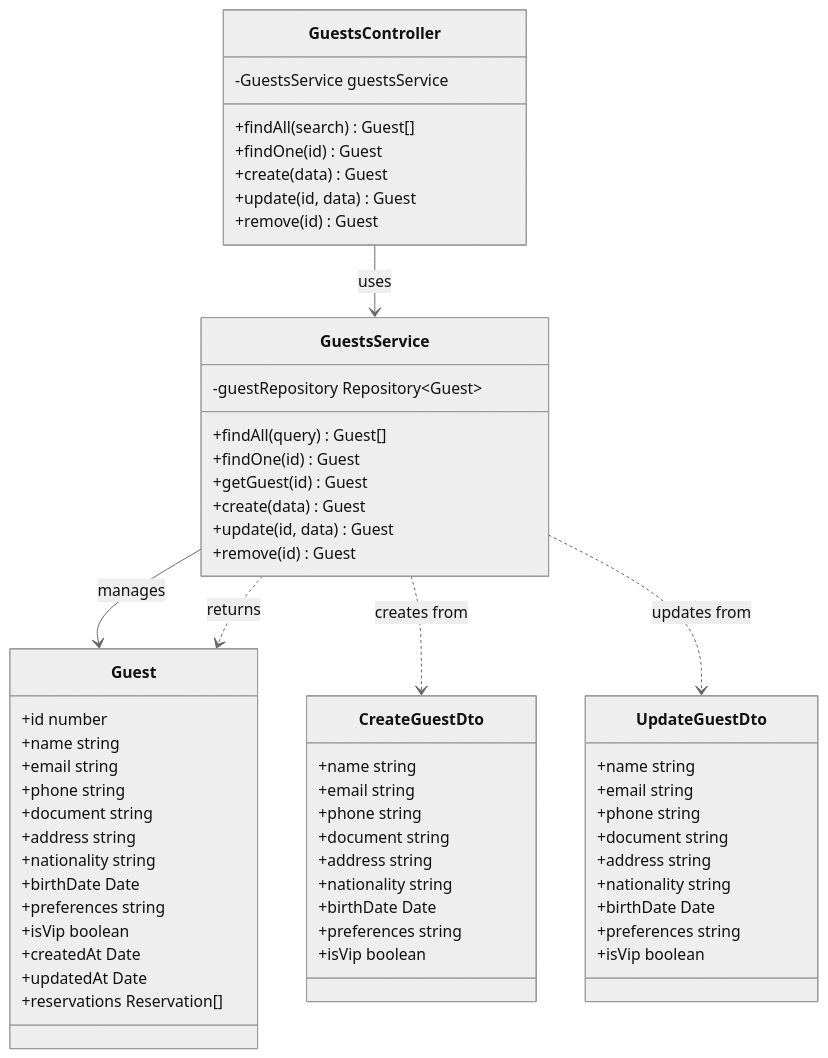
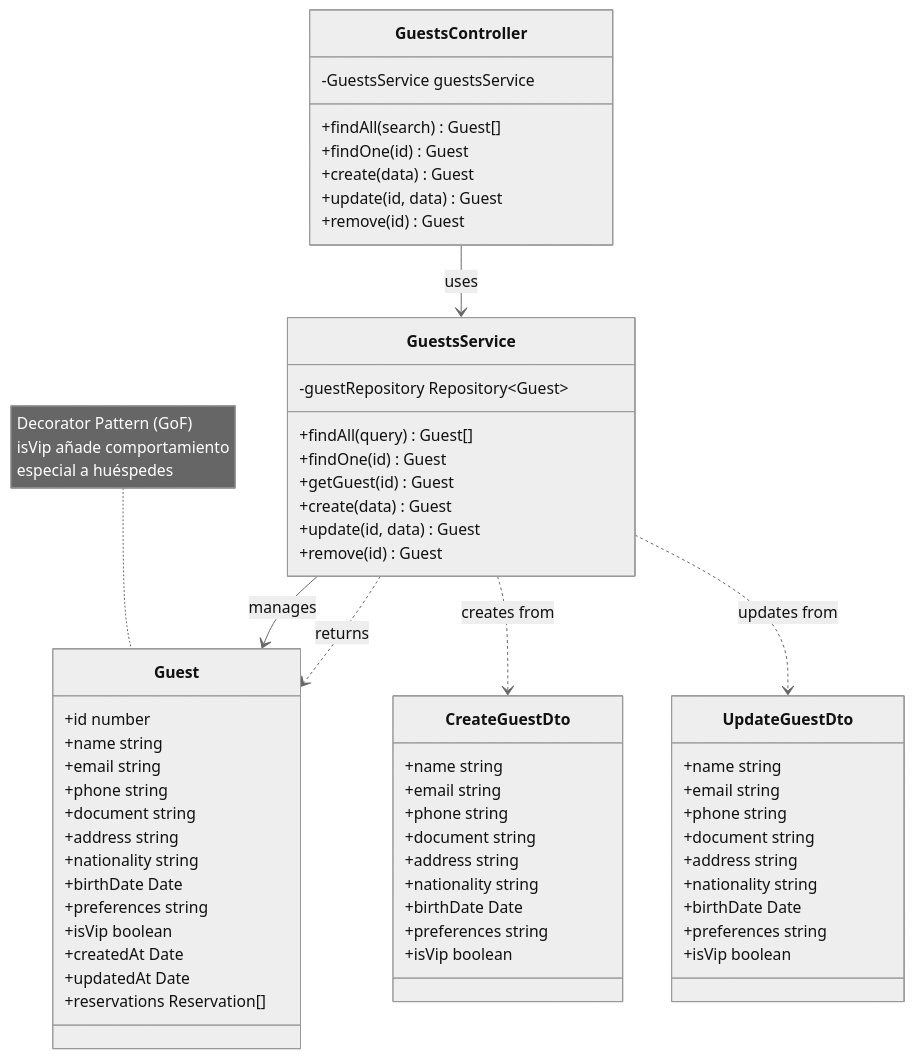
The diagram in diagrams/guests-class-diagram.md (Nick220505/hotelier-backend), drawn with Mermaid (neutral theme) before and after one commit. The commit also changed other lines of this file and 4 other files, not shown here.

Commit message:
Agregar notas de patrones de diseño GoF en los diagramas de clases de personal, huéspedes, limpieza, restaurante y habitaciones

````diff
--- a/diagrams/guests-class-diagram.md
+++ b/diagrams/guests-class-diagram.md
@@ -3,72 +3,75 @@
 ```mermaid
 classDiagram
     %% Controllers
     class GuestsController {
         -GuestsService guestsService
         +findAll(search) Guest[]
         +findOne(id) Guest
         +create(data) Guest
         +update(id, data) Guest
         +remove(id) Guest
     }
 
     %% Services
     class GuestsService {
         -guestRepository Repository~Guest~
         +findAll(query) Guest[]
         +findOne(id) Guest
         +getGuest(id) Guest
         +create(data) Guest
         +update(id, data) Guest
         +remove(id) Guest
     }
 
     %% Entities (from reservations module)
     class Guest {
         +id number
         +name string
         +email string
         +phone string
         +document string
         +address string
         +nationality string
         +birthDate Date
         +preferences string
         +isVip boolean
         +createdAt Date
         +updatedAt Date
         +reservations Reservation[]
     }
 
     %% DTOs
     class CreateGuestDto {
         +name string
         +email string
         +phone string
         +document string
         +address string
         +nationality string
         +birthDate Date
         +preferences string
         +isVip boolean
     }
 
     class UpdateGuestDto {
         +name string
         +email string
         +phone string
         +document string
         +address string
         +nationality string
         +birthDate Date
         +preferences string
         +isVip boolean
     }
 
     %% Relationships
     GuestsController --> GuestsService : uses
     GuestsService --> Guest : manages
     GuestsService ..> CreateGuestDto : creates from
     GuestsService ..> UpdateGuestDto : updates from
-    GuestsService ..> Guest : returns
+        GuestsService ..> Guest : returns
+    
+    %% Notas de Patrones GoF
+    note for Guest "Decorator Pattern (GoF)<br/>isVip añade comportamiento<br/>especial a huéspedes"
 ```
````
